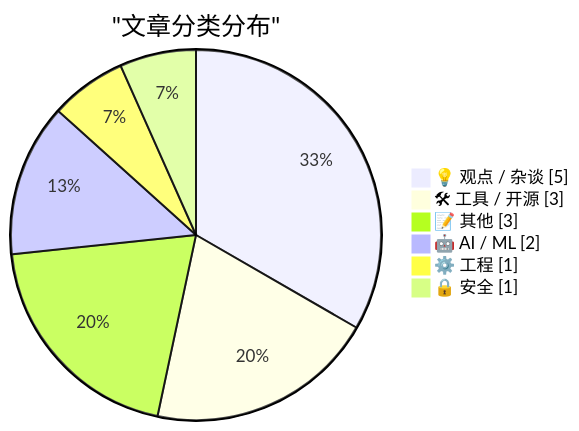
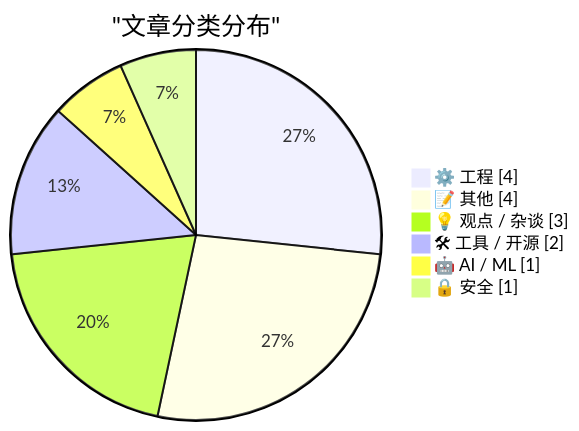
The first of 2 diagrams in data/digest-20260423.md (NicCraver/ai-daily-digest-web), drawn with Mermaid before and after one commit. The commit also changed other lines of this file and 2 other files, not shown here.

````diff
--- a/data/digest-20260423.md
+++ b/data/digest-20260423.md
@@ -53,10 +53,10 @@
 ```mermaid
 pie showData
     title "文章分类分布"
-    "💡 观点 / 杂谈" : 5
-    "🛠 工具 / 开源" : 3
-    "📝 其他" : 3
-    "🤖 AI / ML" : 2
-    "⚙️ 工程" : 1
+    "⚙️ 工程" : 4
+    "📝 其他" : 4
+    "💡 观点 / 杂谈" : 3
+    "🛠 工具 / 开源" : 2
+    "🤖 AI / ML" : 1
     "🔒 安全" : 1
 ```
````
